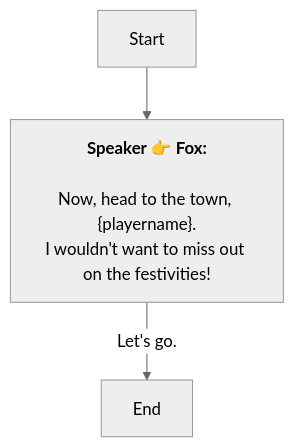
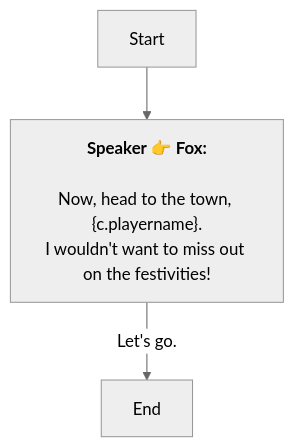
One commit to SoftHu/tos_avg changed the diagram in En/QuestStartTalkENode_1751268604084548.md. Above: the diagram before and after it, drawn with Mermaid (neutral theme). The commit also changed 410 other files, not shown here.

````diff
--- a/En/QuestStartTalkENode_1751268604084548.md
+++ b/En/QuestStartTalkENode_1751268604084548.md
@@ -1,8 +1,8 @@
 ```mermaid
 graph
 Start -->1751269141410120[<b>Speaker 👉 Fox:</b>
-\nNow, head to the town, &lbrace;playername&rbrace;.
+\nNow, head to the town, &lbrace;c.playername&rbrace;.
 I wouldn't want to miss out on the festivities!]
 1751269141410120 -->|Let's go.|1751269208186190[End]
 
 ```
````
